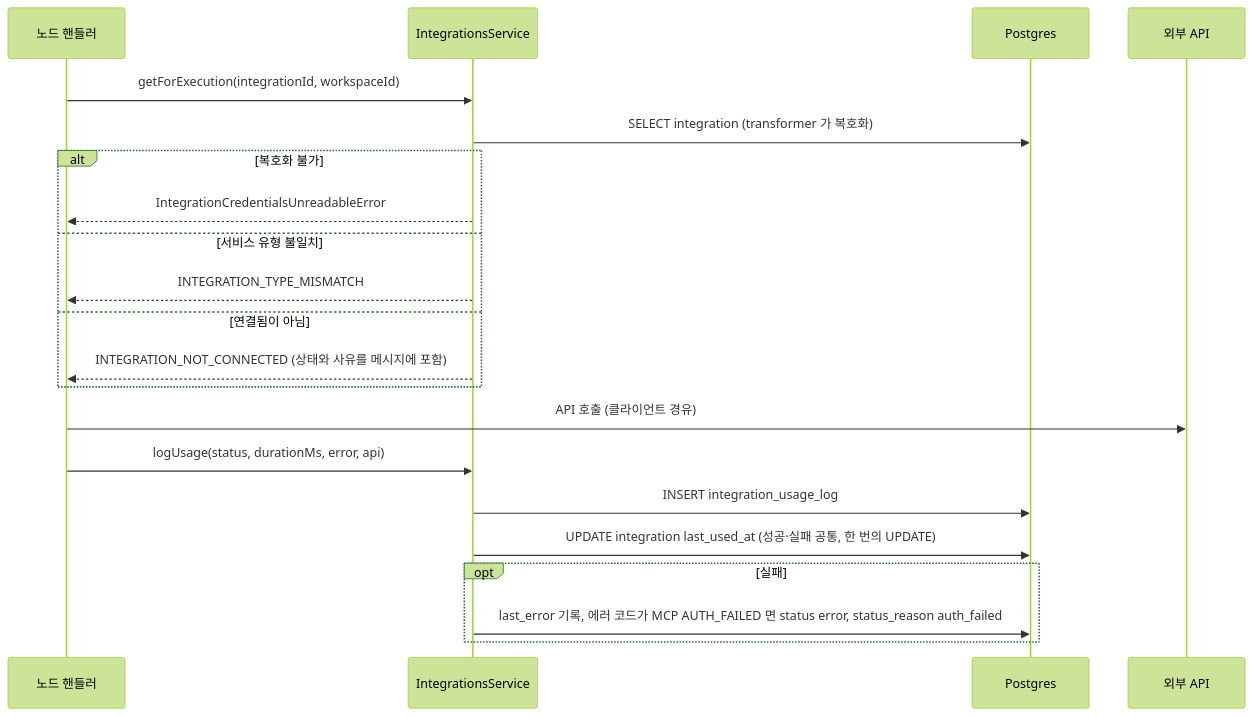
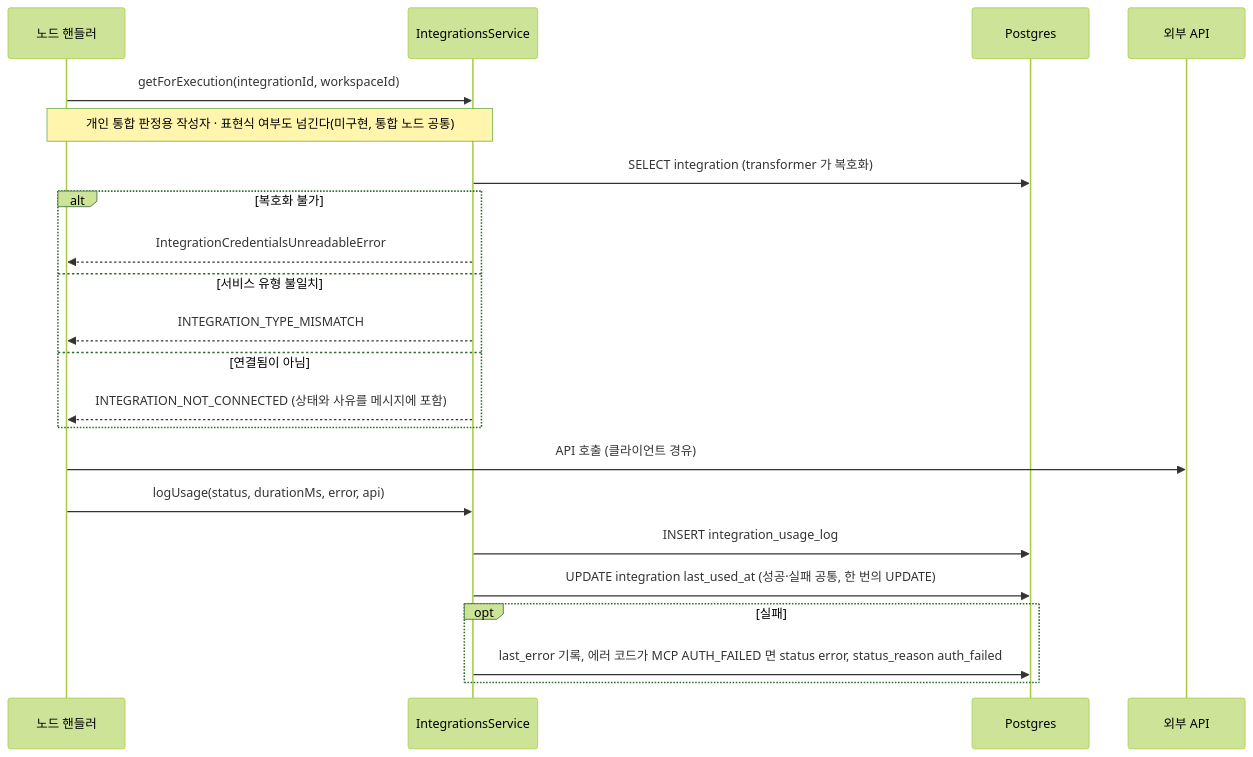
The sixth of 6 diagrams in spec/CLE-INT/CLE-INT-DATA.md (worker-ants/clemvion), drawn with Mermaid (forest theme) before and after one commit. The commit also changed other lines of this file and 20 other files, not shown here.

````diff
--- a/spec/CLE-INT/CLE-INT-DATA.md
+++ b/spec/CLE-INT/CLE-INT-DATA.md
@@ -417,23 +417,24 @@
 ```mermaid
 sequenceDiagram
   participant H as 노드 핸들러
   participant Svc as IntegrationsService
   participant PG as Postgres
   participant Ext as 외부 API
   H->>Svc: getForExecution(integrationId, workspaceId)
+  Note over H,Svc: 개인 통합 판정용 작성자 · 표현식 여부도 넘긴다(미구현, 통합 노드 공통)
   Svc->>PG: SELECT integration (transformer 가 복호화)
   alt 복호화 불가
     Svc-->>H: IntegrationCredentialsUnreadableError
   else 서비스 유형 불일치
     Svc-->>H: INTEGRATION_TYPE_MISMATCH
   else 연결됨이 아님
     Svc-->>H: INTEGRATION_NOT_CONNECTED (상태와 사유를 메시지에 포함)
   end
   H->>Ext: API 호출 (클라이언트 경유)
   H->>Svc: logUsage(status, durationMs, error, api)
   Svc->>PG: INSERT integration_usage_log
   Svc->>PG: UPDATE integration last_used_at (성공·실패 공통, 한 번의 UPDATE)
   opt 실패
     Svc->>PG: last_error 기록, 에러 코드가 MCP AUTH_FAILED 면 status error, status_reason auth_failed
   end
 ```
````
